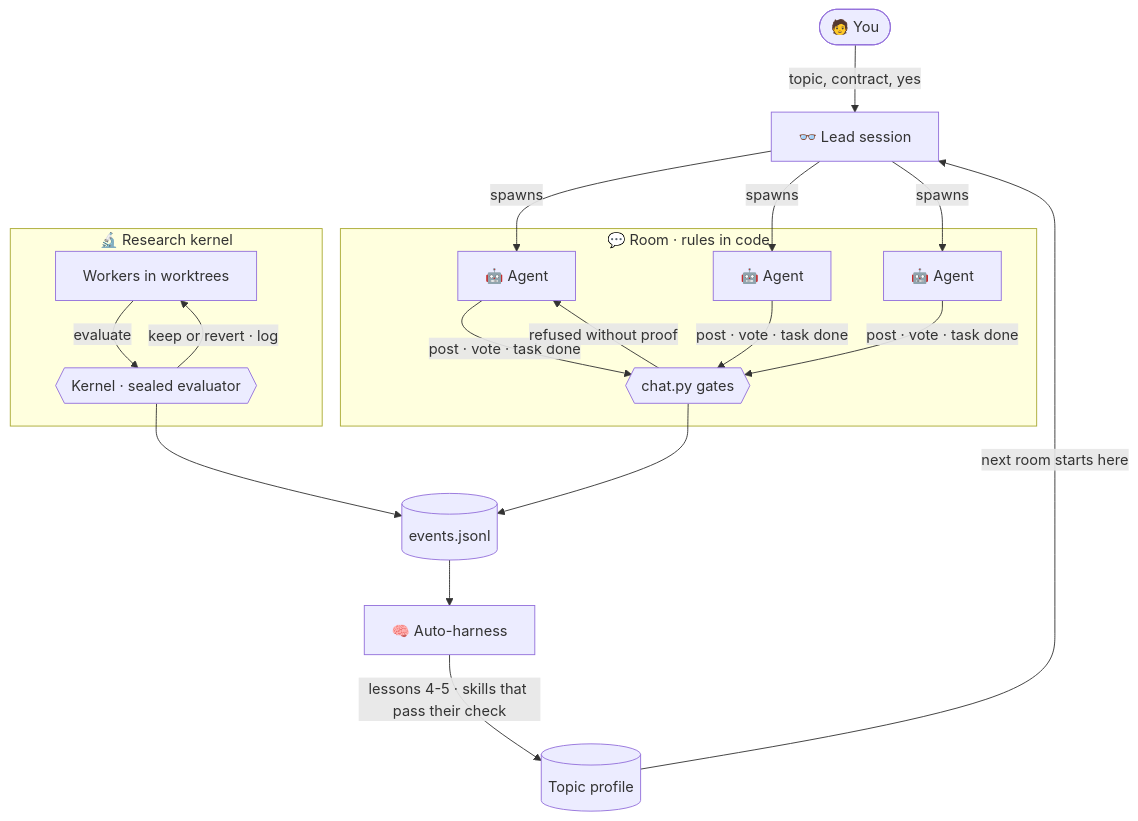
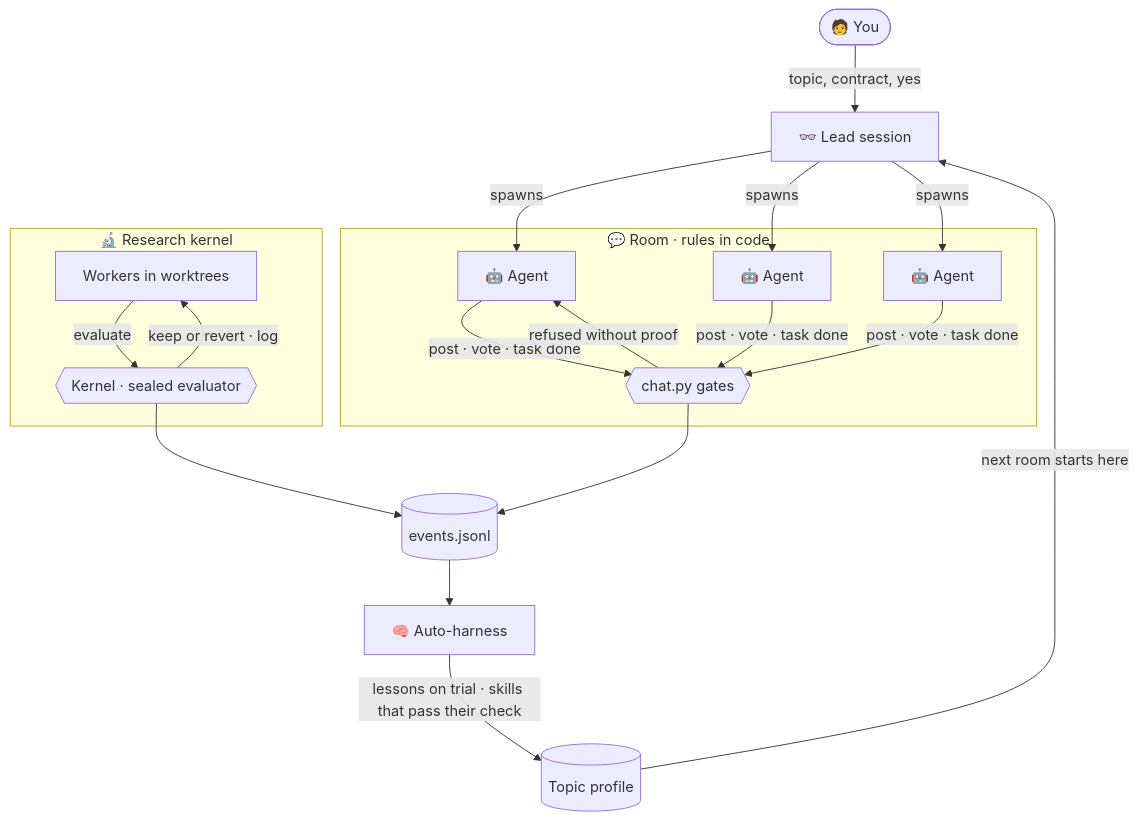
Before and after one commit to Partido-De-What/claude-plugins: the diagram in README.md, drawn with Mermaid. The commit also changed other lines of this file and 2 other files, not shown here.

Commit message:
README and release notes 1.1: the closing that runs itself, lessons on trial, one question to every free model, the model council

````diff
--- a/README.md
+++ b/README.md
@@ -62,18 +62,18 @@
 ```mermaid
 flowchart TD
     U([🧑 You]) -->|topic, contract, yes| L[👓 Lead session]
     L -->|spawns| A1[🤖 Agent] & A2[🤖 Agent] & A3[🤖 Agent]
     subgraph ROOM [💬 Room · rules in code]
       A1 & A2 & A3 -->|post · vote · task done| G{{chat.py gates}}
       G -->|refused without proof| A1
     end
     subgraph LAB [🔬 Research kernel]
       W[Workers in worktrees] -->|evaluate| K{{Kernel · sealed evaluator}}
       K -->|keep or revert · log| W
     end
     G --> E[(events.jsonl)]
     K --> E
     E --> H[🧠 Auto-harness]
-    H -->|lessons 4-5 · skills that pass their check| P[(Topic profile)]
+    H -->|lessons on trial · skills that pass their check| P[(Topic profile)]
     P -->|next room starts here| L
 ```
````
